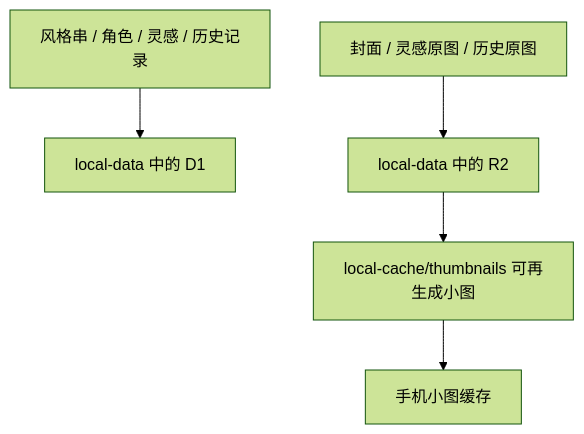
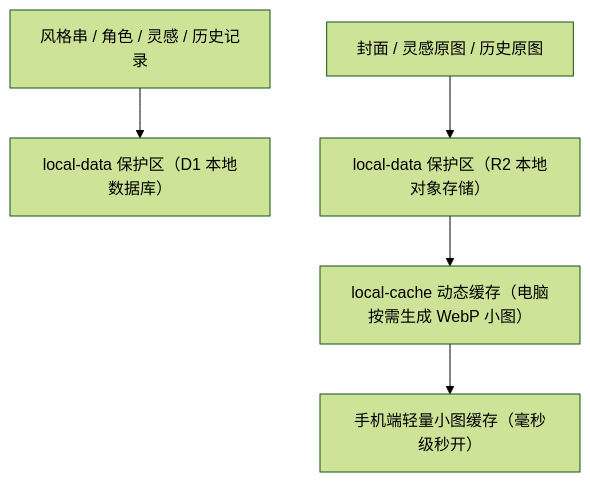
The third of 3 diagrams in README.md (HelloQun54321/nai-atelier), drawn with Mermaid (forest theme) before and after one commit. The commit also changed other lines of this file and 4 other files, not shown here.

````diff
--- a/README.md
+++ b/README.md
@@ -589,7 +564,7 @@
 ```mermaid
 flowchart TD
-    A["风格串 / 角色 / 灵感 / 历史记录"] --> D["local-data 中的 D1"]
-    B["封面 / 灵感原图 / 历史原图"] --> R["local-data 中的 R2"]
-    R --> T["local-cache/thumbnails 可再生成小图"]
-    T --> M["手机小图缓存"]
+    A["风格串 / 角色 / 灵感 / 历史记录"] --> D["local-data 保护区（D1 本地数据库）"]
+    B["封面 / 灵感原图 / 历史原图"] --> R["local-data 保护区（R2 本地对象存储）"]
+    R --> T["local-cache 动态缓存（电脑按需生成 WebP 小图）"]
+    T --> M["手机端轻量小图缓存（毫秒级秒开）"]
 ```
````
